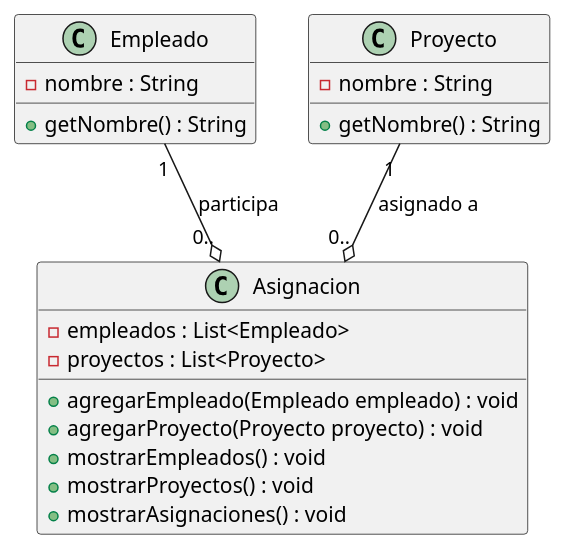
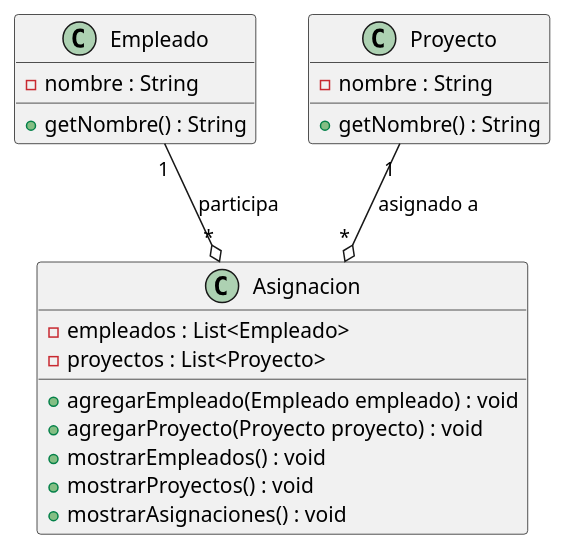
Before and after one commit to Orion-ooo/TalleresPracticos-corte2: the diagram in Taller Práctico_ Materialización de Relaciones en Diagramas de Clases usando Java/Ejercicio7/src/local/diagrama.puml, drawn with PlantUML. The commit also changed 12 other files, not shown here.

```diff
--- a/Taller Práctico_ Materialización de Relaciones en Diagramas de Clases usando Java/Ejercicio7/src/local/diagrama.puml
+++ b/Taller Práctico_ Materialización de Relaciones en Diagramas de Clases usando Java/Ejercicio7/src/local/diagrama.puml
@@ -1,27 +1,27 @@
 @startuml
 class Empleado{
     - nombre : String
 
     + getNombre() : String
 }
 
 class Proyecto{
     - nombre : String
 
     + getNombre() : String
 }
 
 class Asignacion{
     - empleados : List<Empleado>
     - proyectos : List<Proyecto>
 
     + agregarEmpleado(Empleado empleado) : void
     + agregarProyecto(Proyecto proyecto) : void
     + mostrarEmpleados() : void
     + mostrarProyectos() : void
     + mostrarAsignaciones() : void
 }
 
-Empleado "1" --o "0.." Asignacion : participa
-Proyecto "1" --o "0.." Asignacion : asignado a
+Empleado "1" --o "*" Asignacion : participa
+Proyecto "1" --o "*" Asignacion : asignado a
 @enduml
```
